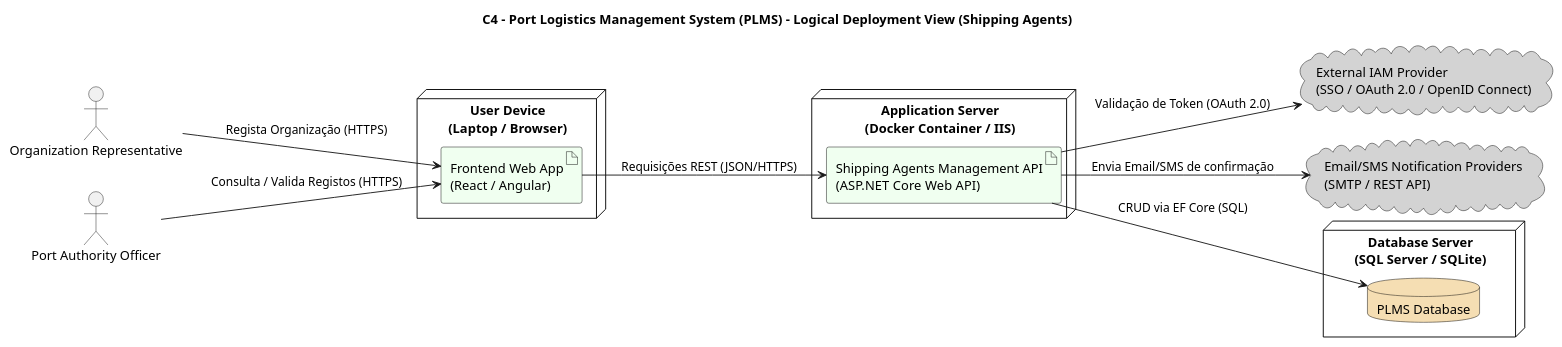
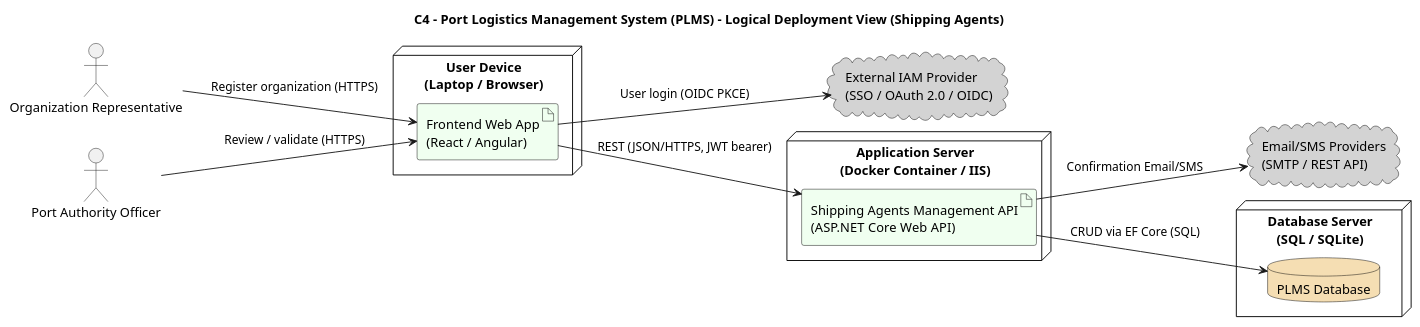
The diagram in Docs/Sprint A/US 2.2.5/Modelo c4/C4_Logica.puml (Departamento-de-Engenharia-Informatica/LEI-SEM5-PI-2025-26-3DM-03), drawn with PlantUML before and after one commit. The commit also changed 16 other files, not shown here.

```diff
--- a/Docs/Sprint A/US 2.2.5/Modelo c4/C4_Logica.puml
+++ b/Docs/Sprint A/US 2.2.5/Modelo c4/C4_Logica.puml
@@ -1,57 +1,50 @@
 @startuml C4_Register_Shipping_Agents_Logical_View
 title C4 – Port Logistics Management System (PLMS) – Logical Deployment View (Shipping Agents)
 left to right direction
 
 skinparam node {
   BackgroundColor White
   BorderColor Black
   FontColor Black
-  FontStyle bold
 }
-
 skinparam cloud {
   BackgroundColor LightGray
   BorderColor Black
   FontColor Black
 }
-
 skinparam database {
   BackgroundColor Wheat
   BorderColor Black
   FontColor Black
 }
-
 skinparam artifact {
   BackgroundColor HoneyDew
   BorderColor Black
   FontColor Black
 }
 
-' === Nós principais ===
 actor "Organization Representative" as Rep
 actor "Port Authority Officer" as Officer
 
 node "User Device\n(Laptop / Browser)" as Client {
   artifact "Frontend Web App\n(React / Angular)" as Frontend
 }
 
 node "Application Server\n(Docker Container / IIS)" as AppServer {
   artifact "Shipping Agents Management API\n(ASP.NET Core Web API)" as API
 }
 
-node "Database Server\n(SQL Server / SQLite)" as DBServer {
+node "Database Server\n(SQL / SQLite)" as DBServer {
   database "PLMS Database" as Database
 }
 
-cloud "External IAM Provider\n(SSO / OAuth 2.0 / OpenID Connect)" as IAM
-cloud "Email/SMS Notification Providers\n(SMTP / REST API)" as Notif
+cloud "External IAM Provider\n(SSO / OAuth 2.0 / OIDC)" as IAM
+cloud "Email/SMS Providers\n(SMTP / REST API)" as Notif
 
-' === Relações ===
-Rep --> Frontend : Regista Organização (HTTPS)
-Officer --> Frontend : Consulta / Valida Registos (HTTPS)
-Frontend --> API : Requisições REST (JSON/HTTPS)
-API --> IAM : Validação de Token (OAuth 2.0)
+Rep --> Frontend : Register organization (HTTPS)
+Officer --> Frontend : Review / validate (HTTPS)
+Frontend --> IAM : User login (OIDC PKCE)
+Frontend --> API : REST (JSON/HTTPS, JWT bearer)
 API --> Database : CRUD via EF Core (SQL)
-API --> Notif : Envia Email/SMS de confirmação
-
+API --> Notif : Confirmation Email/SMS
 @enduml
```
